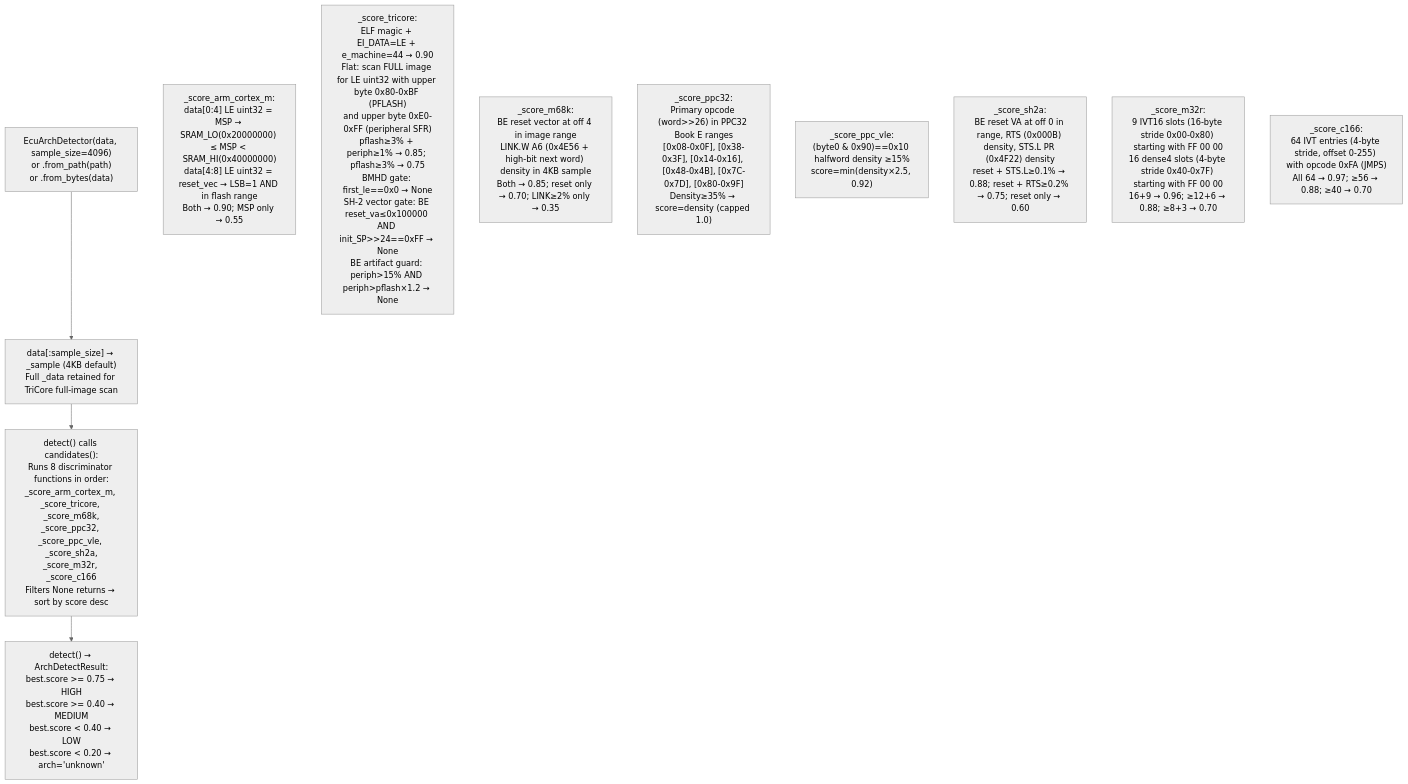
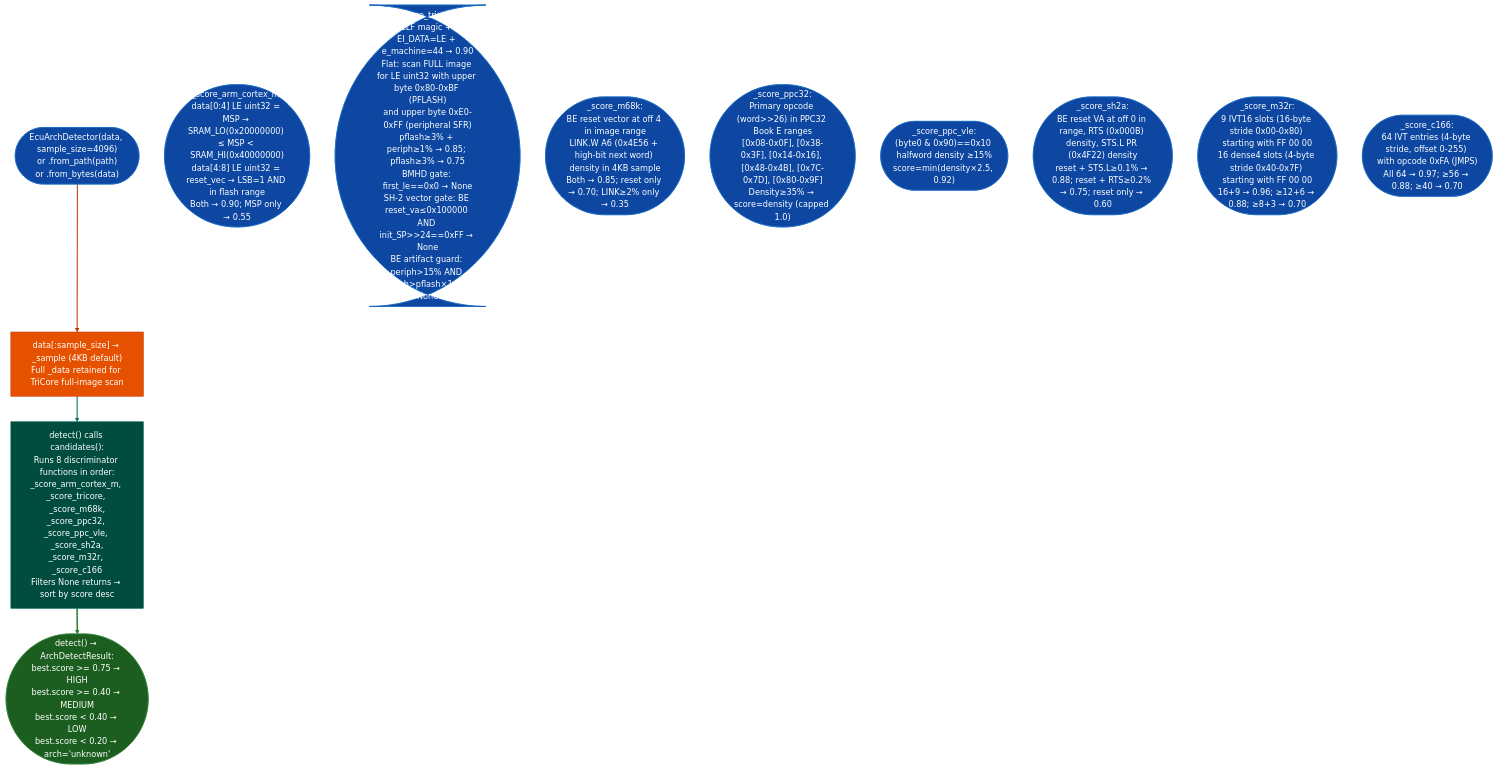
One commit to Ablation-Tool/ablation changed the diagram in docs/reference-modules/ecu-architecture-detector.md. Above: the diagram before and after it, drawn with Mermaid (neutral theme). The commit also changed 320 other files, not shown here.

First line of the commit message:
docs: apply canonical Mermaid template to all 321 diagrams

````diff
--- a/docs/reference-modules/ecu-architecture-detector.md
+++ b/docs/reference-modules/ecu-architecture-detector.md
@@ -19,14 +19,23 @@
 ```mermaid
 flowchart TD
-    A["EcuArchDetector(data, sample_size=4096)\nor .from_path(path)\nor .from_bytes(data)"] --> B["data[:sample_size] → _sample (4KB default)\nFull _data retained for TriCore full-image scan"]
-    B --> C["detect() calls candidates():\nRuns 8 discriminator functions in order:\n_score_arm_cortex_m, _score_tricore, _score_m68k,\n_score_ppc32, _score_ppc_vle, _score_sh2a,\n_score_m32r, _score_c166\nFilters None returns → sort by score desc"]
-    C --> D["detect() → ArchDetectResult:\nbest.score >= 0.75 → HIGH\nbest.score >= 0.40 → MEDIUM\nbest.score < 0.40 → LOW\nbest.score < 0.20 → arch='unknown'"]
-    E["_score_arm_cortex_m:\ndata[0:4] LE uint32 = MSP → SRAM_LO(0x20000000) ≤ MSP < SRAM_HI(0x40000000)\ndata[4:8] LE uint32 = reset_vec → LSB=1 AND in flash range\nBoth → 0.90; MSP only → 0.55"]
-    F["_score_tricore:\nELF magic + EI_DATA=LE + e_machine=44 → 0.90\nFlat: scan FULL image for LE uint32 with upper byte 0x80-0xBF (PFLASH)\nand upper byte 0xE0-0xFF (peripheral SFR)\npflash≥3% + periph≥1% → 0.85; pflash≥3% → 0.75\nBMHD gate: first_le==0x0 → None\nSH-2 vector gate: BE reset_va≤0x100000 AND init_SP>>24==0xFF → None\nBE artifact guard: periph>15% AND periph>pflash×1.2 → None"]
-    G["_score_m68k:\nBE reset vector at off 4 in image range\nLINK.W A6 (0x4E56 + high-bit next word) density in 4KB sample\nBoth → 0.85; reset only → 0.70; LINK≥2% only → 0.35"]
-    H["_score_ppc32:\nPrimary opcode (word>>26) in PPC32 Book E ranges\n[0x08-0x0F], [0x38-0x3F], [0x14-0x16], [0x48-0x4B], [0x7C-0x7D], [0x80-0x9F]\nDensity≥35% → score=density (capped 1.0)"]
-    I["_score_ppc_vle:\n(byte0 & 0x90)==0x10 halfword density ≥15%\nscore=min(density×2.5, 0.92)"]
-    J["_score_sh2a:\nBE reset VA at off 0 in range, RTS (0x000B) density, STS.L PR (0x4F22) density\nreset + STS.L≥0.1% → 0.88; reset + RTS≥0.2% → 0.75; reset only → 0.60"]
-    K["_score_m32r:\n9 IVT16 slots (16-byte stride 0x00-0x80) starting with FF 00 00\n16 dense4 slots (4-byte stride 0x40-0x7F) starting with FF 00 00\n16+9 → 0.96; ≥12+6 → 0.88; ≥8+3 → 0.70"]
-    L["_score_c166:\n64 IVT entries (4-byte stride, offset 0-255) with opcode 0xFA (JMPS)\nAll 64 → 0.97; ≥56 → 0.88; ≥40 → 0.70"]
+    A(["EcuArchDetector(data, sample_size=4096)\nor .from_path(path)\nor .from_bytes(data)"]):::input --> B["data[:sample_size] → _sample (4KB default)\nFull _data retained for TriCore full-image scan"]:::primary
+    B:::primary --> C["detect() calls candidates():\nRuns 8 discriminator functions in order:\n_score_arm_cortex_m, _score_tricore, _score_m68k,\n_score_ppc32, _score_ppc_vle, _score_sh2a,\n_score_m32r, _score_c166\nFilters None returns → sort by score desc"]:::secondary
+    C:::secondary --> D(["detect() → ArchDetectResult:\nbest.score >= 0.75 → HIGH\nbest.score >= 0.40 → MEDIUM\nbest.score < 0.40 → LOW\nbest.score < 0.20 → arch='unknown'"]):::output
+    E(["_score_arm_cortex_m:\ndata[0:4] LE uint32 = MSP → SRAM_LO(0x20000000) ≤ MSP < SRAM_HI(0x40000000)\ndata[4:8] LE uint32 = reset_vec → LSB=1 AND in flash range\nBoth → 0.90; MSP only → 0.55"]):::input
+    F(["_score_tricore:\nELF magic + EI_DATA=LE + e_machine=44 → 0.90\nFlat: scan FULL image for LE uint32 with upper byte 0x80-0xBF (PFLASH)\nand upper byte 0xE0-0xFF (peripheral SFR)\npflash≥3% + periph≥1% → 0.85; pflash≥3% → 0.75\nBMHD gate: first_le==0x0 → None\nSH-2 vector gate: BE reset_va≤0x100000 AND init_SP>>24==0xFF → None\nBE artifact guard: periph>15% AND periph>pflash×1.2 → None"]):::input
+    G(["_score_m68k:\nBE reset vector at off 4 in image range\nLINK.W A6 (0x4E56 + high-bit next word) density in 4KB sample\nBoth → 0.85; reset only → 0.70; LINK≥2% only → 0.35"]):::input
+    H(["_score_ppc32:\nPrimary opcode (word>>26) in PPC32 Book E ranges\n[0x08-0x0F], [0x38-0x3F], [0x14-0x16], [0x48-0x4B], [0x7C-0x7D], [0x80-0x9F]\nDensity≥35% → score=density (capped 1.0)"]):::input
+    I(["_score_ppc_vle:\n(byte0 & 0x90)==0x10 halfword density ≥15%\nscore=min(density×2.5, 0.92)"]):::input
+    J(["_score_sh2a:\nBE reset VA at off 0 in range, RTS (0x000B) density, STS.L PR (0x4F22) density\nreset + STS.L≥0.1% → 0.88; reset + RTS≥0.2% → 0.75; reset only → 0.60"]):::input
+    K(["_score_m32r:\n9 IVT16 slots (16-byte stride 0x00-0x80) starting with FF 00 00\n16 dense4 slots (4-byte stride 0x40-0x7F) starting with FF 00 00\n16+9 → 0.96; ≥12+6 → 0.88; ≥8+3 → 0.70"]):::input
+    L(["_score_c166:\n64 IVT entries (4-byte stride, offset 0-255) with opcode 0xFA (JMPS)\nAll 64 → 0.97; ≥56 → 0.88; ≥40 → 0.70"]):::input
+    classDef input     fill:#0d47a1,stroke:#1565c0,color:#fff
+    classDef primary   fill:#e65100,stroke:#bf360c,color:#fff
+    classDef secondary fill:#004d40,stroke:#00695c,color:#fff
+    classDef tertiary  fill:#4a148c,stroke:#6a1b9a,color:#fff
+    classDef neutral   fill:#37474f,stroke:#546e7a,color:#fff
+    classDef output    fill:#1b5e20,stroke:#2e7d32,color:#fff
+    linkStyle 0 stroke:#bf360c,stroke-width:2px
+    linkStyle 1 stroke:#00695c,stroke-width:2px
+    linkStyle 2 stroke:#2e7d32,stroke-width:3px
 ```
````
